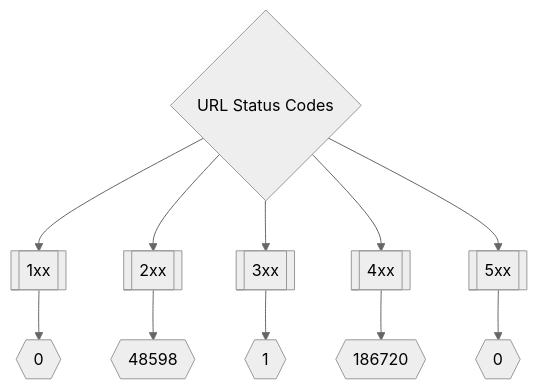
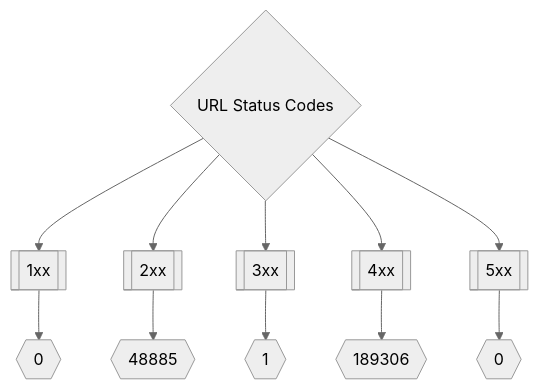
One commit to trickest/inventory changed the second of 3 diagrams in README.md. Above: the diagram before and after it, drawn with Mermaid (neutral theme). The commit also changed other lines of this file and 118 other files, not shown here.

````diff
--- a/README.md
+++ b/README.md
@@ -173,8 +173,8 @@
 ```mermaid
 graph TD
 title{URL Status Codes} --> 1xx[[1xx]] --> status1xxNum{{0}}
-title --> 2xx[[2xx]] --> status2xxNum{{48598}}
+title --> 2xx[[2xx]] --> status2xxNum{{48885}}
 title --> 3xx[[3xx]] --> status3xxNum{{1}}
-title --> 4xx[[4xx]] --> status4xxNum{{186720}}
+title --> 4xx[[4xx]] --> status4xxNum{{189306}}
 title --> 5xx[[5xx]] --> status5xxNum{{0}}
 ```
````
